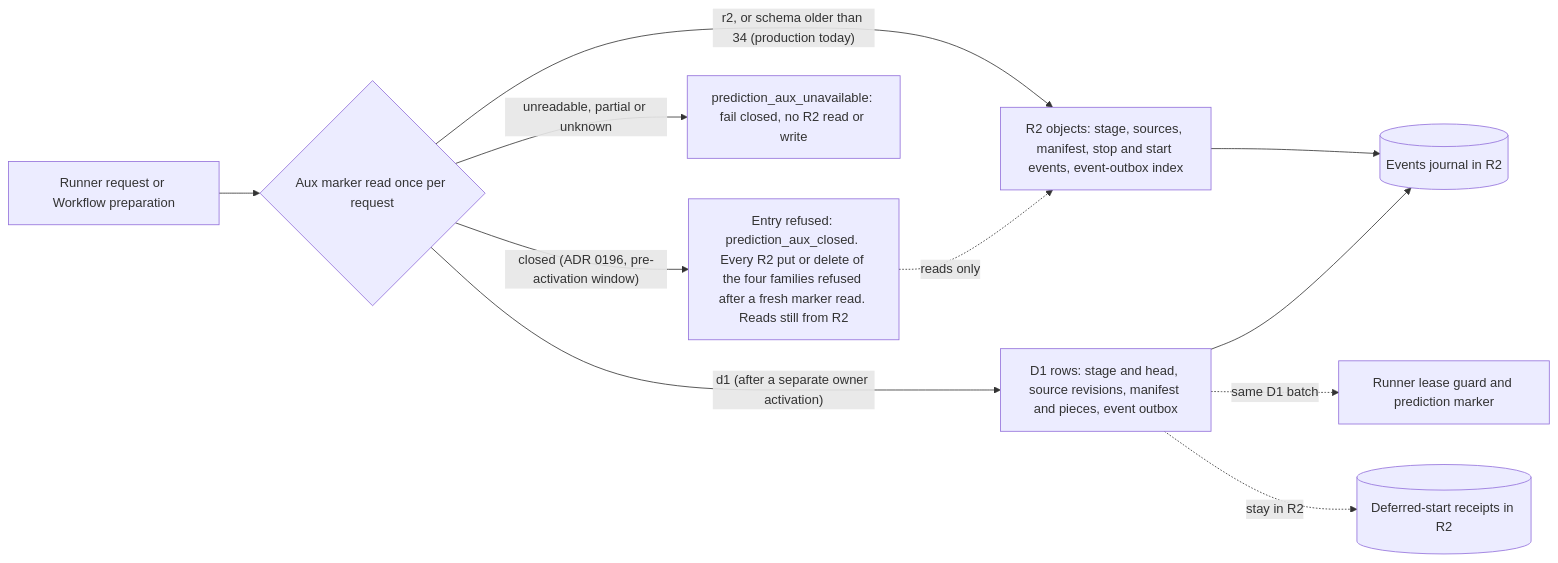
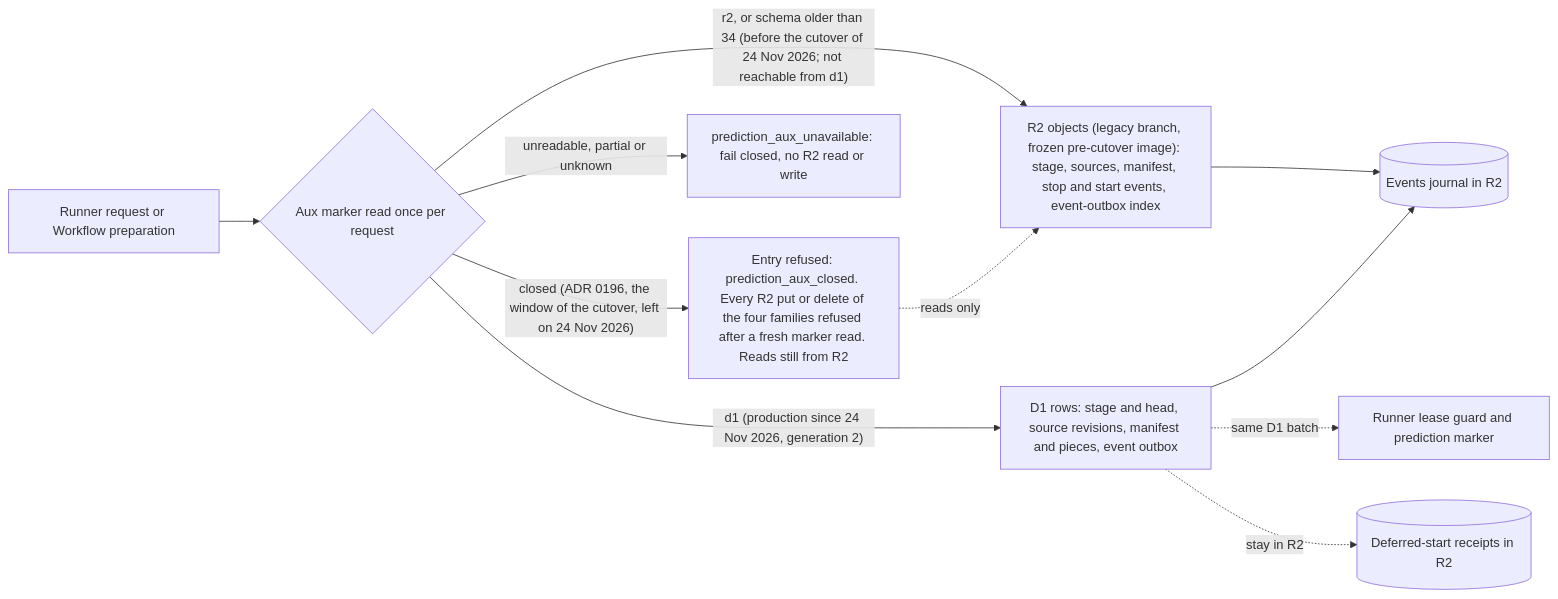
The third of 4 diagrams in docs/architecture/prediction-pipeline.md (vladimino/iptv-watchlist), drawn with Mermaid before and after one commit. The commit also changed other lines of this file and 11 other files, not shown here.

First line of the commit message:
docs(evidence): AIR-554 production cutover of the Predictions auxiliary state to D1 (24 Nov 2026) (#971)

````diff
--- a/docs/architecture/prediction-pipeline.md
+++ b/docs/architecture/prediction-pipeline.md
@@ -170,13 +170,13 @@
 ```mermaid
 flowchart LR
   req["Runner request or Workflow preparation"] --> marker{"Aux marker read once per request"}
-  marker -->|"r2, or schema older than 34 (production today)"| legacy["R2 objects: stage, sources, manifest, stop and start events, event-outbox index"]
-  marker -->|"d1 (after a separate owner activation)"| rows["D1 rows: stage and head, source revisions, manifest and pieces, event outbox"]
-  marker -->|"closed (ADR 0196, pre-activation window)"| shut["Entry refused: prediction_aux_closed. Every R2 put or delete of the four families refused after a fresh marker read. Reads still from R2"]
+  marker -->|"r2, or schema older than 34 (before the cutover of 24 Nov 2026; not reachable from d1)"| legacy["R2 objects (legacy branch, frozen pre-cutover image): stage, sources, manifest, stop and start events, event-outbox index"]
+  marker -->|"d1 (production since 24 Nov 2026, generation 2)"| rows["D1 rows: stage and head, source revisions, manifest and pieces, event outbox"]
+  marker -->|"closed (ADR 0196, the window of the cutover, left on 24 Nov 2026)"| shut["Entry refused: prediction_aux_closed. Every R2 put or delete of the four families refused after a fresh marker read. Reads still from R2"]
   marker -->|"unreadable, partial or unknown"| unavail["prediction_aux_unavailable: fail closed, no R2 read or write"]
   shut -. "reads only" .-> legacy
   legacy --> journal[("Events journal in R2")]
   rows --> journal
   rows -. "same D1 batch" .-> lease["Runner lease guard and prediction marker"]
   rows -. "stay in R2" .-> receipts[("Deferred-start receipts in R2")]
 ```
````
